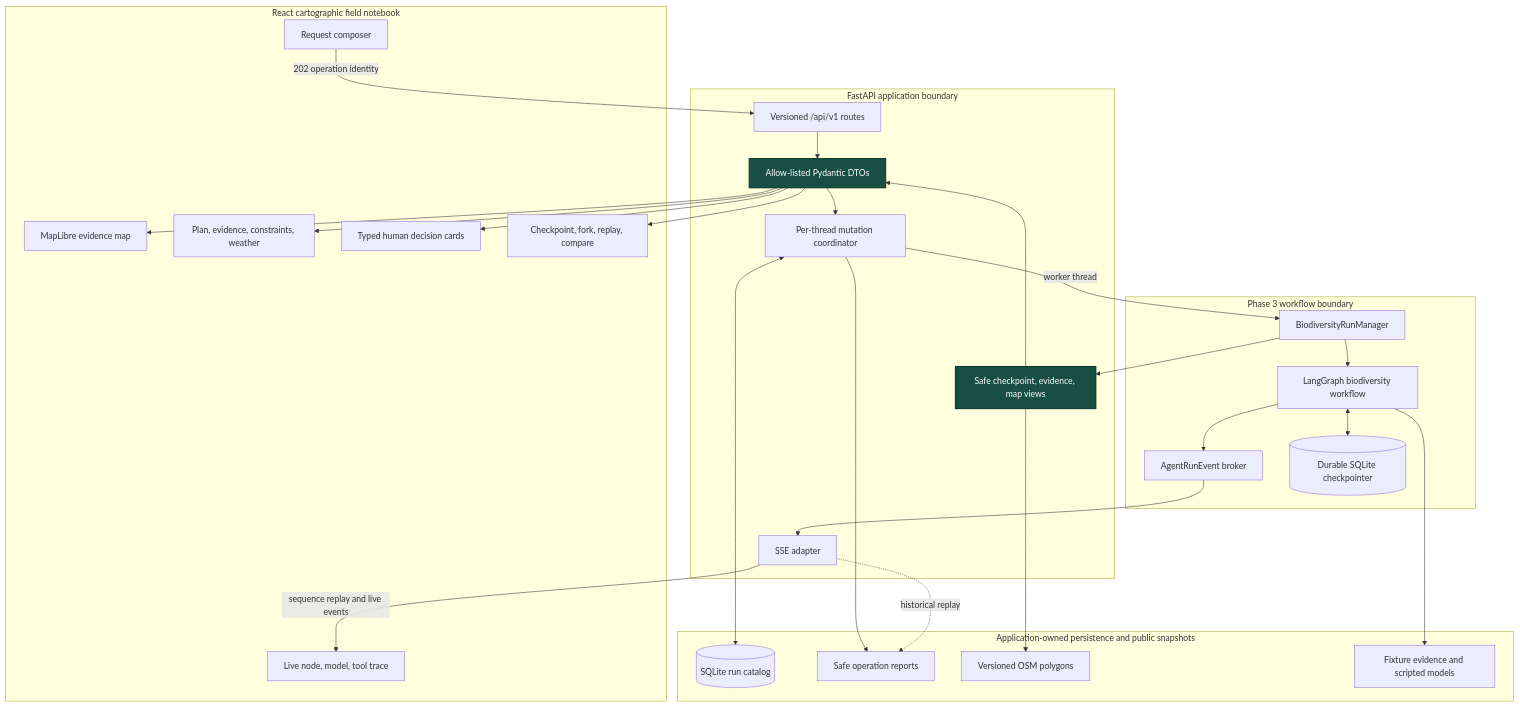
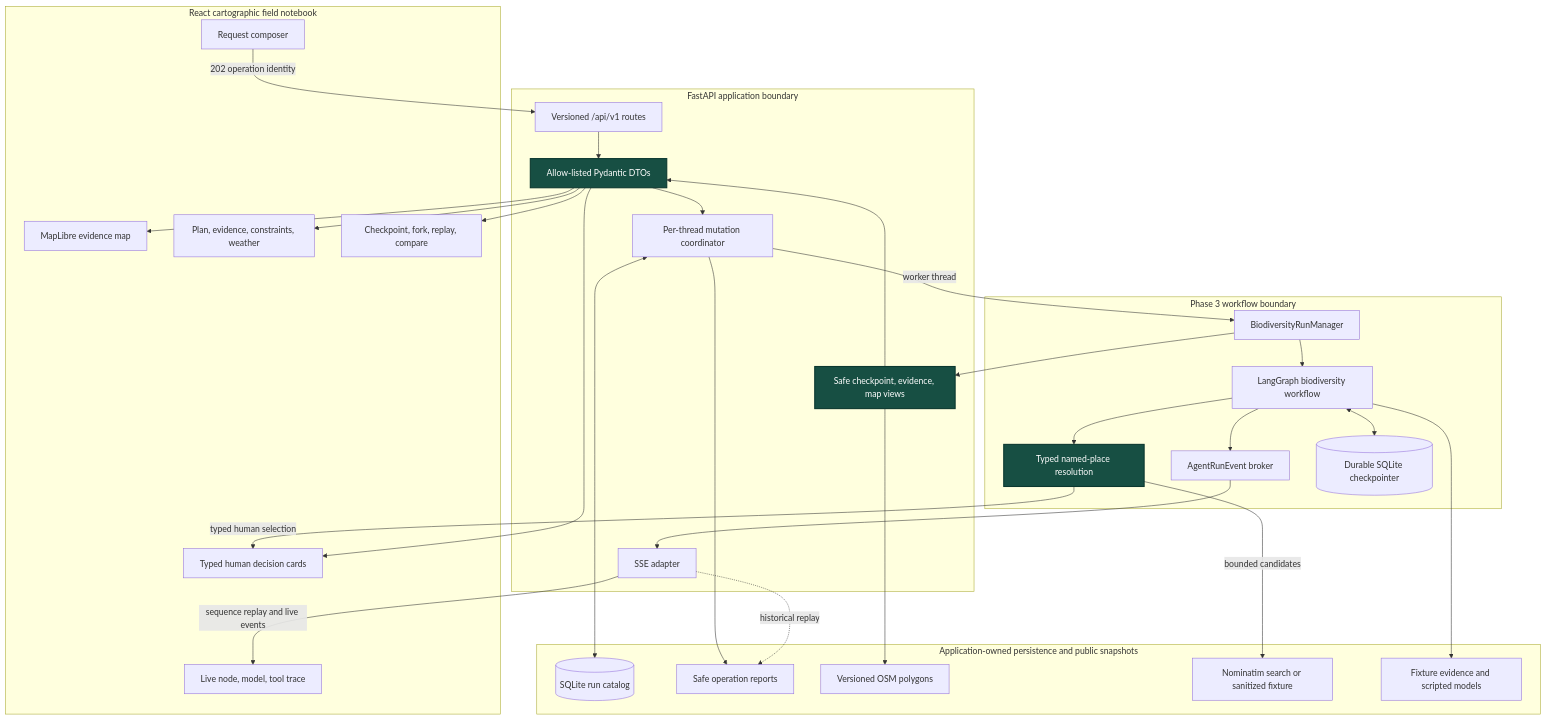
Before and after one commit to ttteein-max/london-birding-agent: the diagram in docs/diagrams/phase-4-visual-product.mmd, drawn with Mermaid. The commit also changed 29 other files, not shown here.

```diff
--- a/docs/diagrams/phase-4-visual-product.mmd
+++ b/docs/diagrams/phase-4-visual-product.mmd
@@ -1,55 +1,60 @@
 flowchart TB
     subgraph Browser[React cartographic field notebook]
         Composer[Request composer]
         Map[MapLibre evidence map]
         Cards[Plan, evidence, constraints, weather]
         Trace[Live node, model, tool trace]
         HITL[Typed human decision cards]
         Travel[Checkpoint, fork, replay, compare]
     end
 
     subgraph API[FastAPI application boundary]
         Routes[Versioned /api/v1 routes]
         DTO[Allow-listed Pydantic DTOs]
         Coordinator[Per-thread mutation coordinator]
         SSE[SSE adapter]
         Views[Safe checkpoint, evidence, map views]
     end
 
     subgraph Runtime[Phase 3 workflow boundary]
         Manager[BiodiversityRunManager]
         Graph[LangGraph biodiversity workflow]
+        Geocoder[Typed named-place resolution]
         Broker[AgentRunEvent broker]
         Checkpointer[(Durable SQLite checkpointer)]
     end
 
     subgraph ApplicationData[Application-owned persistence and public snapshots]
         Catalog[(SQLite run catalog)]
         Reports[Safe operation reports]
         OSM[Versioned OSM polygons]
+        Nominatim[Nominatim search or sanitized fixture]
         Fixtures[Fixture evidence and scripted models]
     end
 
     Composer -->|202 operation identity| Routes
     Routes --> DTO
     DTO --> Coordinator
     Coordinator -->|worker thread| Manager
     Manager --> Graph
+    Graph --> Geocoder
+    Geocoder -->|bounded candidates| Nominatim
+    Geocoder -->|typed human selection| HITL
     Graph <--> Checkpointer
     Graph --> Broker
     Broker --> SSE
     SSE -->|sequence replay and live events| Trace
     Manager --> Views
     Views --> DTO
     DTO --> Map
     DTO --> Cards
     DTO --> HITL
     DTO --> Travel
     Coordinator <--> Catalog
     Coordinator --> Reports
     SSE -. historical replay .-> Reports
     Views --> OSM
     Graph --> Fixtures
 
     classDef privacy fill:#174f43,color:#fff,stroke:#0b382f,stroke-width:2px;
-    class DTO,Views privacy;
+    class DTO,Views,Geocoder privacy;
```
